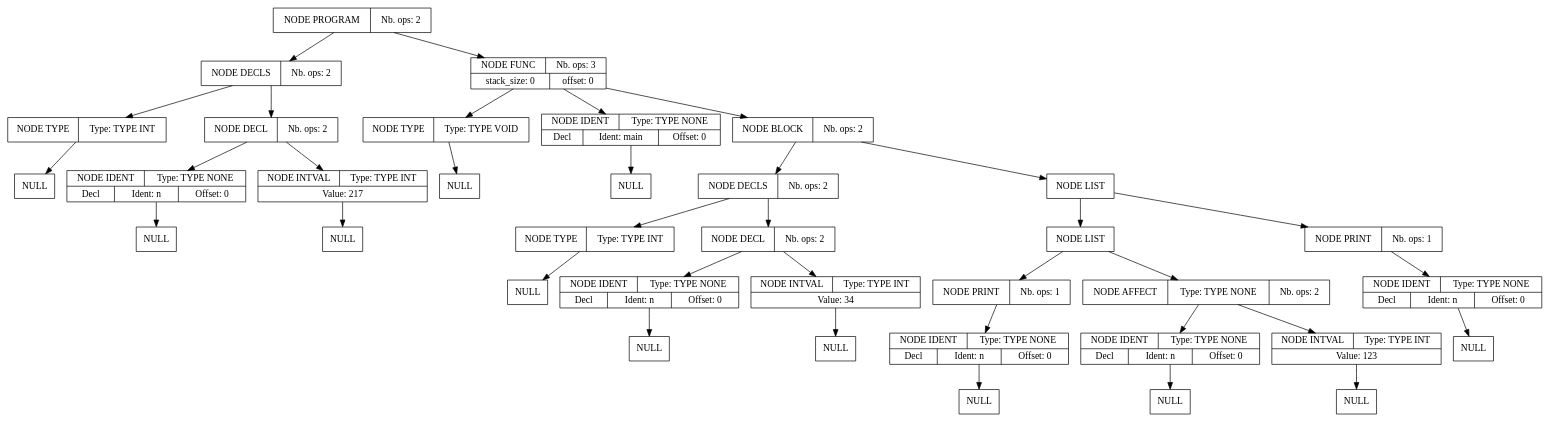
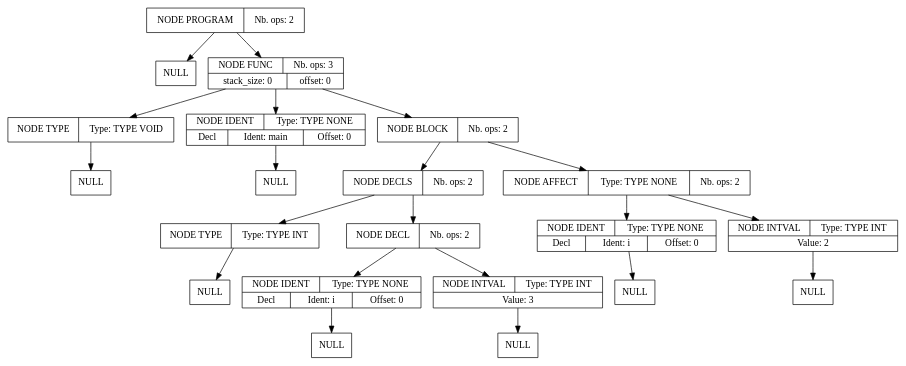
Before and after one commit to Serial-DeV/Compilation: the diagram in projet_compilation_src/src/fichier_dump.dot, drawn with Graphviz. The commit also changed 3 other files, not shown here.

```diff
--- a/projet_compilation_src/src/fichier_dump.dot
+++ b/projet_compilation_src/src/fichier_dump.dot
@@ -1,108 +1,63 @@
 digraph global_vars {
     N1 [shape=record, label="{{NODE PROGRAM|Nb. ops: 2}}"];
-    N2 [shape=record, label="{{NODE DECLS|Nb. ops: 2}}"];
-    N3 [shape=record, label="{{NODE TYPE|Type: TYPE INT}}"];
-    N4 [shape=record, label="{{NULL}}"];
+    N2 [shape=record, label="{{NULL}}"];
+    edge[tailclip=true];
+    N1 -> N2
+    N3 [shape=record, label="{{NODE FUNC|Nb. ops: 3}|{stack_size: 0|offset: 0}}"];
+    N4 [shape=record, label="{{NODE TYPE|Type: TYPE VOID}}"];
+    N5 [shape=record, label="{{NULL}}"];
+    edge[tailclip=true];
+    N4 -> N5
     edge[tailclip=true];
     N3 -> N4
-    edge[tailclip=true];
-    N2 -> N3
-    N5 [shape=record, label="{{NODE DECL|Nb. ops: 2}}"];
-    N6 [shape=record, label="{{NODE IDENT|Type: TYPE NONE}|{<decl>Decl      |Ident: n|Offset: 0}}"];
+    N6 [shape=record, label="{{NODE IDENT|Type: TYPE NONE}|{<decl>Decl      |Ident: main|Offset: 0}}"];
     N7 [shape=record, label="{{NULL}}"];
     edge[tailclip=true];
     N6 -> N7
     edge[tailclip=true];
-    N5 -> N6
-    N8 [shape=record, label="{{NODE INTVAL|Type: TYPE INT}|{Value: 217}}"];
-    N9 [shape=record, label="{{NULL}}"];
-    edge[tailclip=true];
-    N8 -> N9
-    edge[tailclip=true];
-    N5 -> N8
-    edge[tailclip=true];
-    N2 -> N5
-    edge[tailclip=true];
-    N1 -> N2
-    N10 [shape=record, label="{{NODE FUNC|Nb. ops: 3}|{stack_size: 0|offset: 0}}"];
-    N11 [shape=record, label="{{NODE TYPE|Type: TYPE VOID}}"];
-    N12 [shape=record, label="{{NULL}}"];
-    edge[tailclip=true];
-    N11 -> N12
+    N3 -> N6
+    N8 [shape=record, label="{{NODE BLOCK|Nb. ops: 2}}"];
+    N9 [shape=record, label="{{NODE DECLS|Nb. ops: 2}}"];
+    N10 [shape=record, label="{{NODE TYPE|Type: TYPE INT}}"];
+    N11 [shape=record, label="{{NULL}}"];
     edge[tailclip=true];
     N10 -> N11
-    N13 [shape=record, label="{{NODE IDENT|Type: TYPE NONE}|{<decl>Decl      |Ident: main|Offset: 0}}"];
+    edge[tailclip=true];
+    N9 -> N10
+    N12 [shape=record, label="{{NODE DECL|Nb. ops: 2}}"];
+    N13 [shape=record, label="{{NODE IDENT|Type: TYPE NONE}|{<decl>Decl      |Ident: i|Offset: 0}}"];
     N14 [shape=record, label="{{NULL}}"];
     edge[tailclip=true];
     N13 -> N14
     edge[tailclip=true];
-    N10 -> N13
-    N15 [shape=record, label="{{NODE BLOCK|Nb. ops: 2}}"];
-    N16 [shape=record, label="{{NODE DECLS|Nb. ops: 2}}"];
-    N17 [shape=record, label="{{NODE TYPE|Type: TYPE INT}}"];
-    N18 [shape=record, label="{{NULL}}"];
+    N12 -> N13
+    N15 [shape=record, label="{{NODE INTVAL|Type: TYPE INT}|{Value: 3}}"];
+    N16 [shape=record, label="{{NULL}}"];
+    edge[tailclip=true];
+    N15 -> N16
+    edge[tailclip=true];
+    N12 -> N15
+    edge[tailclip=true];
+    N9 -> N12
+    edge[tailclip=true];
+    N8 -> N9
+    N17 [shape=record, label="{{NODE AFFECT|Type: TYPE NONE|Nb. ops: 2}}"];
+    N18 [shape=record, label="{{NODE IDENT|Type: TYPE NONE}|{<decl>Decl      |Ident: i|Offset: 0}}"];
+    N19 [shape=record, label="{{NULL}}"];
+    edge[tailclip=true];
+    N18 -> N19
     edge[tailclip=true];
     N17 -> N18
-    edge[tailclip=true];
-    N16 -> N17
-    N19 [shape=record, label="{{NODE DECL|Nb. ops: 2}}"];
-    N20 [shape=record, label="{{NODE IDENT|Type: TYPE NONE}|{<decl>Decl      |Ident: n|Offset: 0}}"];
+    N20 [shape=record, label="{{NODE INTVAL|Type: TYPE INT}|{Value: 2}}"];
     N21 [shape=record, label="{{NULL}}"];
     edge[tailclip=true];
     N20 -> N21
     edge[tailclip=true];
-    N19 -> N20
-    N22 [shape=record, label="{{NODE INTVAL|Type: TYPE INT}|{Value: 34}}"];
-    N23 [shape=record, label="{{NULL}}"];
+    N17 -> N20
     edge[tailclip=true];
-    N22 -> N23
+    N8 -> N17
     edge[tailclip=true];
-    N19 -> N22
+    N3 -> N8
     edge[tailclip=true];
-    N16 -> N19
-    edge[tailclip=true];
-    N15 -> N16
-    N24 [shape=record, label="{{NODE LIST}}"];
-    N25 [shape=record, label="{{NODE LIST}}"];
-    N26 [shape=record, label="{{NODE PRINT|Nb. ops: 1}}"];
-    N27 [shape=record, label="{{NODE IDENT|Type: TYPE NONE}|{<decl>Decl      |Ident: n|Offset: 0}}"];
-    N28 [shape=record, label="{{NULL}}"];
-    edge[tailclip=true];
-    N27 -> N28
-    edge[tailclip=true];
-    N26 -> N27
-    edge[tailclip=true];
-    N25 -> N26
-    N29 [shape=record, label="{{NODE AFFECT|Type: TYPE NONE|Nb. ops: 2}}"];
-    N30 [shape=record, label="{{NODE IDENT|Type: TYPE NONE}|{<decl>Decl      |Ident: n|Offset: 0}}"];
-    N31 [shape=record, label="{{NULL}}"];
-    edge[tailclip=true];
-    N30 -> N31
-    edge[tailclip=true];
-    N29 -> N30
-    N32 [shape=record, label="{{NODE INTVAL|Type: TYPE INT}|{Value: 123}}"];
-    N33 [shape=record, label="{{NULL}}"];
-    edge[tailclip=true];
-    N32 -> N33
-    edge[tailclip=true];
-    N29 -> N32
-    edge[tailclip=true];
-    N25 -> N29
-    edge[tailclip=true];
-    N24 -> N25
-    N34 [shape=record, label="{{NODE PRINT|Nb. ops: 1}}"];
-    N35 [shape=record, label="{{NODE IDENT|Type: TYPE NONE}|{<decl>Decl      |Ident: n|Offset: 0}}"];
-    N36 [shape=record, label="{{NULL}}"];
-    edge[tailclip=true];
-    N35 -> N36
-    edge[tailclip=true];
-    N34 -> N35
-    edge[tailclip=true];
-    N24 -> N34
-    edge[tailclip=true];
-    N15 -> N24
-    edge[tailclip=true];
-    N10 -> N15
-    edge[tailclip=true];
-    N1 -> N10
+    N1 -> N3
 }
```
